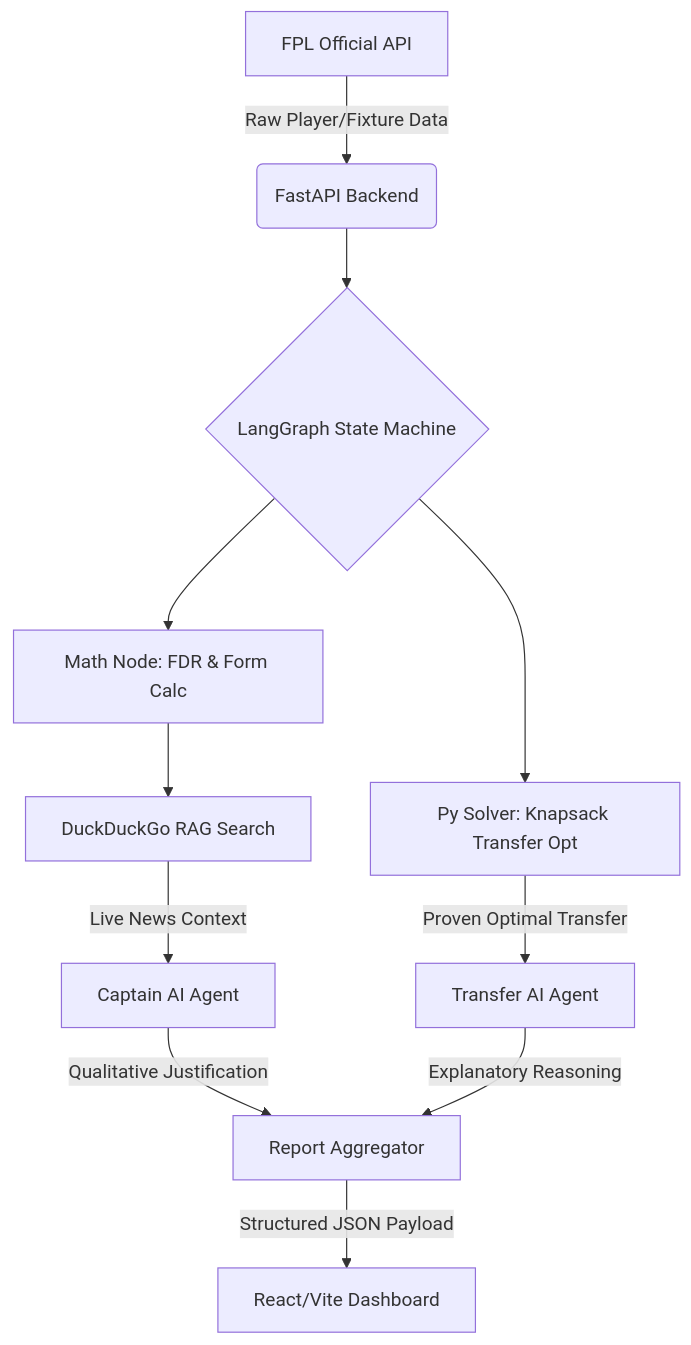
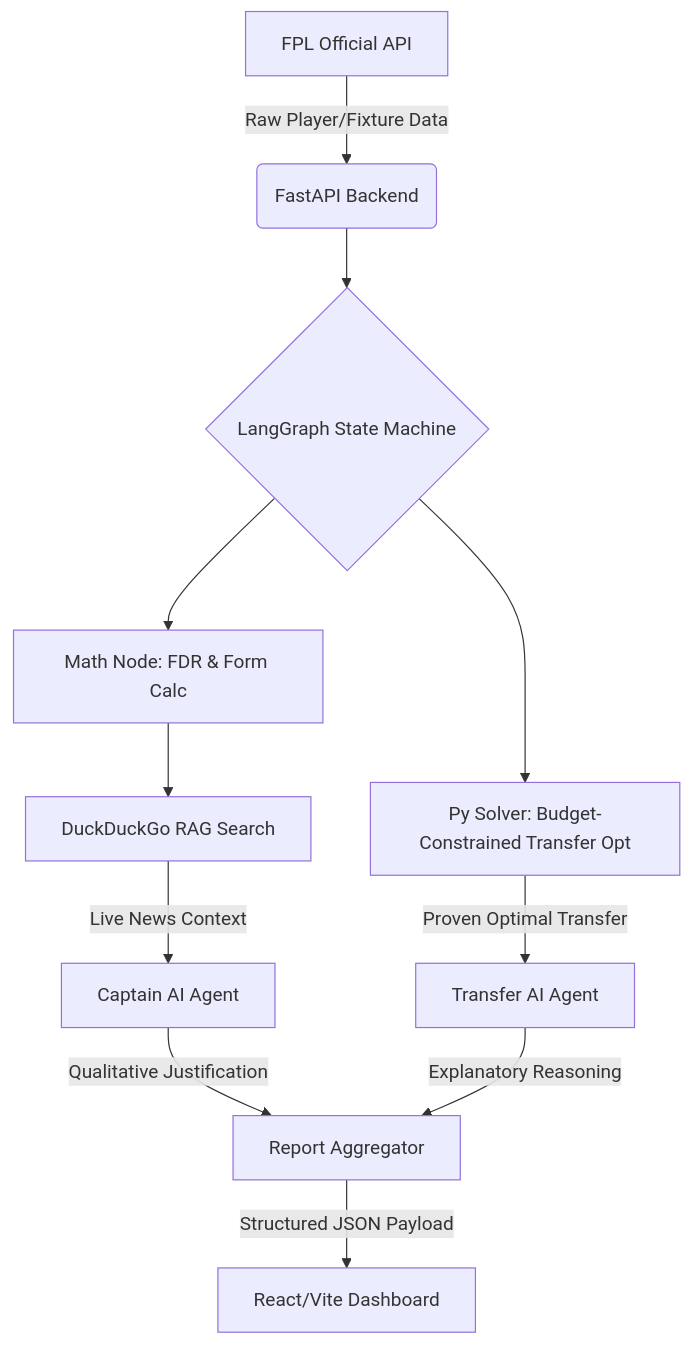
Before and after one commit to HariHaran9597/fpl-ai-copilot: the diagram in README.md, drawn with Mermaid. The commit also changed other lines of this file and 3 other files, not shown here.

````diff
--- a/README.md
+++ b/README.md
@@ -36,17 +36,17 @@
 ```mermaid
 graph TD
     A[FPL Official API] -->|Raw Player/Fixture Data| B(FastAPI Backend)
     B --> C{LangGraph State Machine}
     
     C --> D[Math Node: FDR & Form Calc]
-    C --> E[Py Solver: Knapsack Transfer Opt]
+    C --> E[Py Solver: Budget-Constrained Transfer Opt]
     
     D --> F[DuckDuckGo RAG Search]
     F -->|Live News Context| G[Captain AI Agent]
     E -->|Proven Optimal Transfer| H[Transfer AI Agent]
     
     G -->|Qualitative Justification| I[Report Aggregator]
     H -->|Explanatory Reasoning| I
     
     I -->|Structured JSON Payload| J[React/Vite Dashboard]
 ```
````
